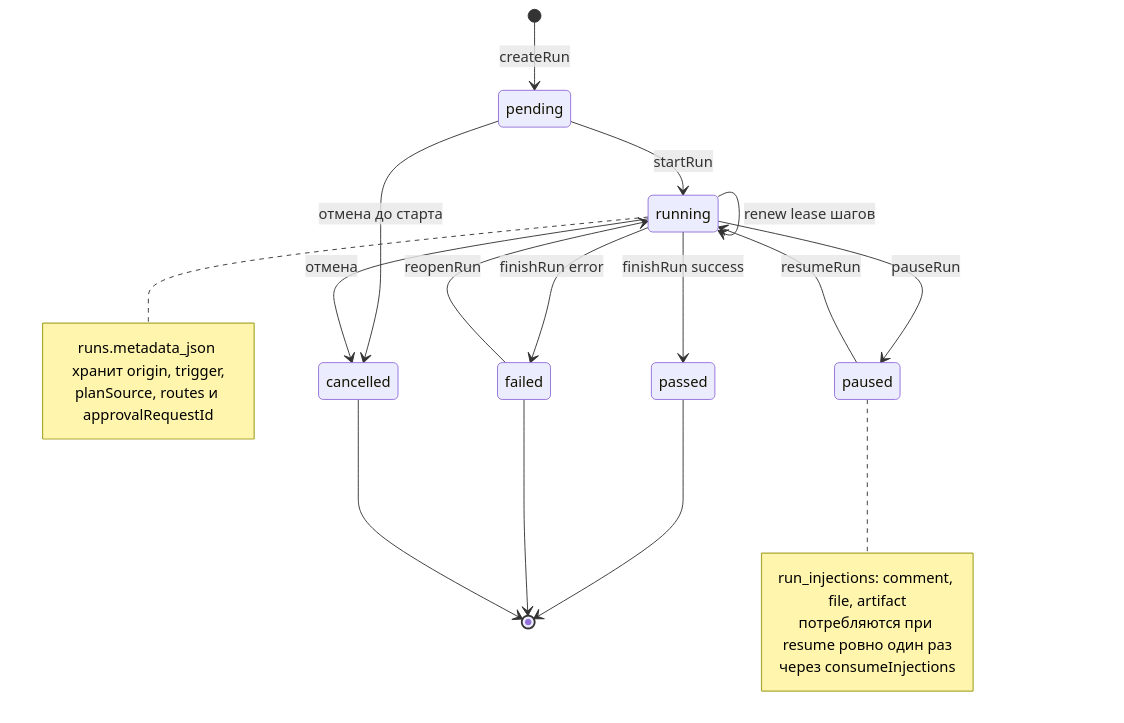
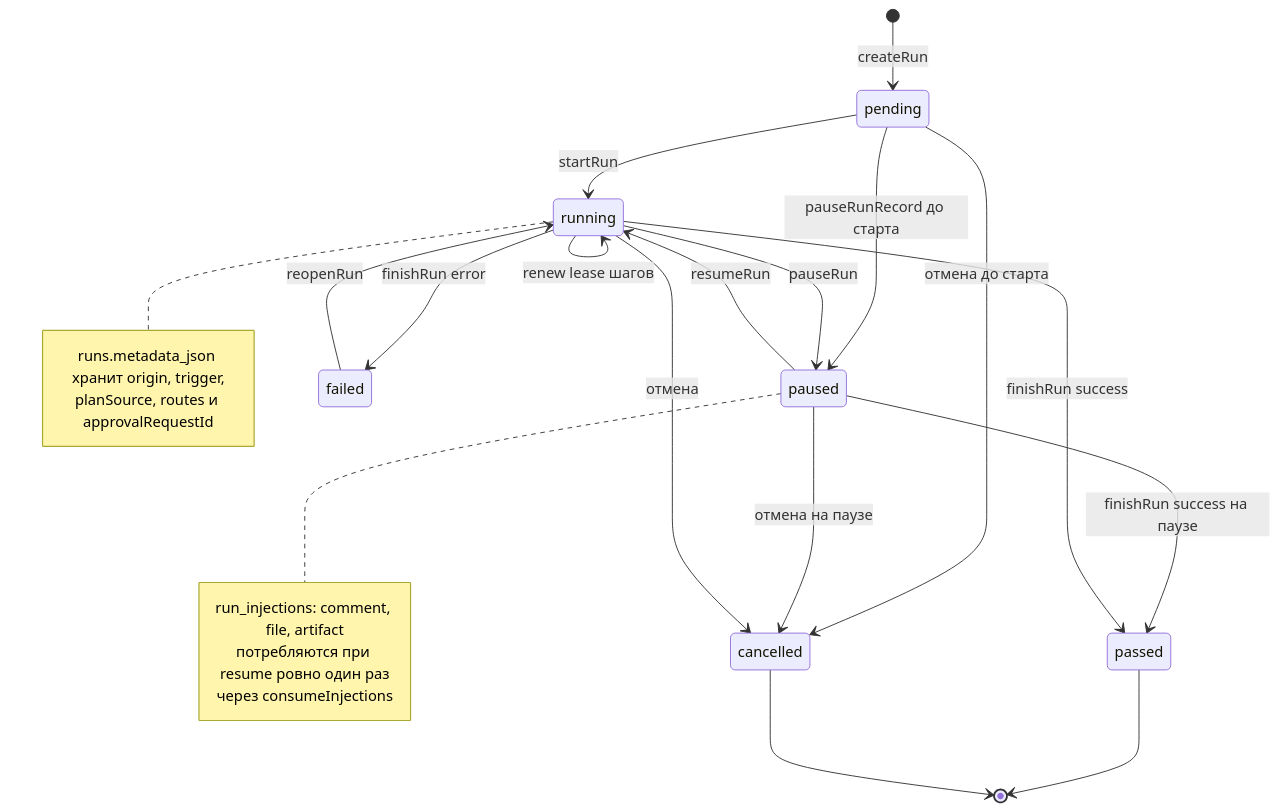
The first of 2 diagrams in docs/ARCHITECTURE-DIAGRAMS-STATES.md (DeadSno/agent-steward), drawn with Mermaid before and after one commit. The commit also changed other lines of this file and 2 other files, not shown here.

Commit message:
docs(diagrams): sync run/step state diagrams with transition tables [DS-2]

````diff
--- a/docs/ARCHITECTURE-DIAGRAMS-STATES.md
+++ b/docs/ARCHITECTURE-DIAGRAMS-STATES.md
@@ -12,27 +12,29 @@
 ```mermaid
 stateDiagram-v2
     [*] --> pending: createRun
     pending --> running: startRun
+    pending --> paused: pauseRunRecord до старта
     pending --> cancelled: отмена до старта
     running --> paused: pauseRun
     paused --> running: resumeRun
+    paused --> passed: finishRun success на паузе
+    paused --> cancelled: отмена на паузе
     running --> passed: finishRun success
     running --> failed: finishRun error
     running --> cancelled: отмена
     failed --> running: reopenRun
     running --> running: renew lease шагов
     passed --> [*]
-    failed --> [*]
     cancelled --> [*]
 
     note right of paused
         run_injections: comment, file, artifact
         потребляются при resume ровно один раз
         через consumeInjections
     end note
 
     note right of running
         runs.metadata_json хранит origin, trigger,
         planSource, routes и approvalRequestId
     end note
 ```
````
